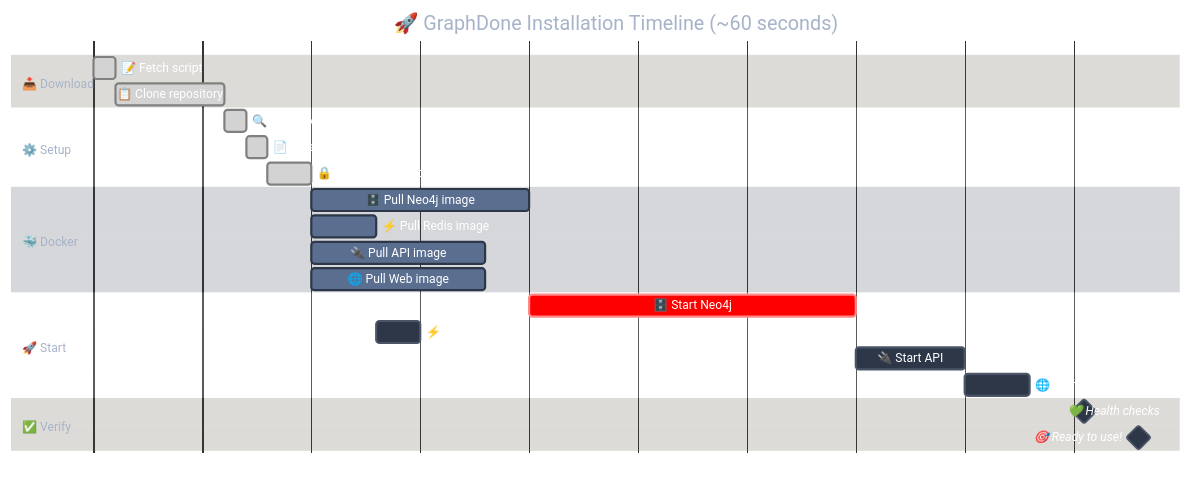
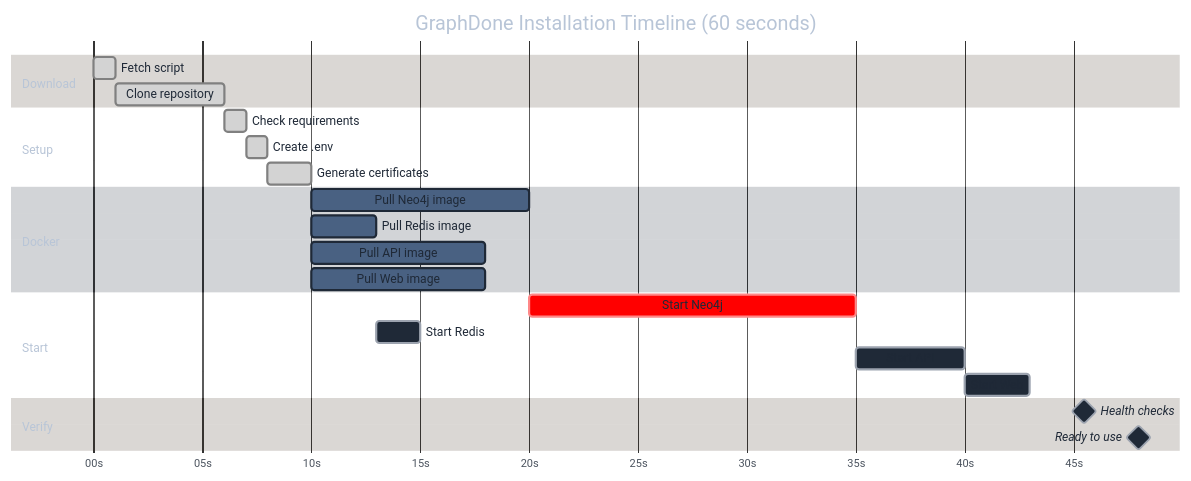
One commit to GraphDone/GraphDone-Core changed the sixth of 6 diagrams in docs/installation-flow.md. Above: the diagram before and after it, drawn with Mermaid. The commit also changed other lines of this file, not shown here.

First line of the commit message:
🎨 Complete professional redesign of all Mermaid diagrams

````diff
--- a/docs/installation-flow.md
+++ b/docs/installation-flow.md
@@ -352,53 +352,53 @@
 ```mermaid
 %%{init: {
   'theme': 'base',
   'themeVariables': {
-    'primaryColor': '#2D3748',
-    'primaryTextColor': '#FFFFFF',
-    'primaryBorderColor': '#4A5568',
-    'gridColor': '#718096',
-    'background': '#1A202C',
-    'altBackground': '#2D3748',
-    'c0': '#38A169',
-    'c1': '#3182CE', 
-    'c2': '#9F7AEA',
-    'c3': '#ED8936',
-    'c4': '#E53E3E',
-    'cScale0': '#38A169',
-    'cScale1': '#3182CE',
-    'cScale2': '#9F7AEA',
-    'cScale3': '#ED8936',
-    'cScale4': '#E53E3E'
+    'primaryColor': '#1F2937',
+    'primaryTextColor': '#1F2937',
+    'primaryBorderColor': '#9CA3AF',
+    'gridColor': '#E5E7EB',
+    'background': '#FFFFFF',
+    'altBackground': '#F9FAFB',
+    'c0': '#22C55E',
+    'c1': '#3B82F6',
+    'c2': '#8B5CF6',
+    'c3': '#F59E0B',
+    'c4': '#EF4444',
+    'cScale0': '#22C55E',
+    'cScale1': '#3B82F6',
+    'cScale2': '#8B5CF6',
+    'cScale3': '#F59E0B',
+    'cScale4': '#EF4444'
   }
 }}%%
 
 gantt
-    title 🚀 GraphDone Installation Timeline (~60 seconds)
+    title GraphDone Installation Timeline (60 seconds)
     dateFormat ss
     axisFormat %Ss
     
-    section 📥 Download
-    📝 Fetch script           :done, fetch, 00, 1s
-    📋 Clone repository       :done, clone, 01, 5s
+    section Download
+    Fetch script           :done, fetch, 00, 1s
+    Clone repository       :done, clone, 01, 5s
     
-    section ⚙️ Setup  
-    🔍 Check requirements     :done, req, 06, 1s
-    📄 Create .env           :done, env, 07, 1s
-    🔒 Generate certificates  :done, cert, 08, 2s
+    section Setup
+    Check requirements     :done, req, 06, 1s
+    Create .env           :done, env, 07, 1s
+    Generate certificates  :done, cert, 08, 2s
     
-    section 🐳 Docker
-    🗄️ Pull Neo4j image      :active, neo4j, 10, 10s
-    ⚡ Pull Redis image      :active, redis, 10, 3s
-    🔌 Pull API image        :active, api, 10, 8s
-    🌐 Pull Web image        :active, web, 10, 8s
+    section Docker
+    Pull Neo4j image      :active, neo4j, 10, 10s
+    Pull Redis image      :active, redis, 10, 3s
+    Pull API image        :active, api, 10, 8s
+    Pull Web image        :active, web, 10, 8s
     
-    section 🚀 Start
-    🗄️ Start Neo4j           :crit, startneo, 20, 15s
-    ⚡ Start Redis           :startredis, 13, 2s
-    🔌 Start API             :startapi, 35, 5s
-    🌐 Start Web             :startweb, 40, 3s
+    section Start
+    Start Neo4j           :crit, startneo, 20, 15s
+    Start Redis           :startredis, 13, 2s
+    Start API             :startapi, 35, 5s
+    Start Web             :startweb, 40, 3s
     
-    section ✅ Verify
-    💚 Health checks         :milestone, 43, 5s
-    🎯 Ready to use!         :milestone, 48, 0s
+    section Verify
+    Health checks         :milestone, 43, 5s
+    Ready to use         :milestone, 48, 0s
 ```
````
